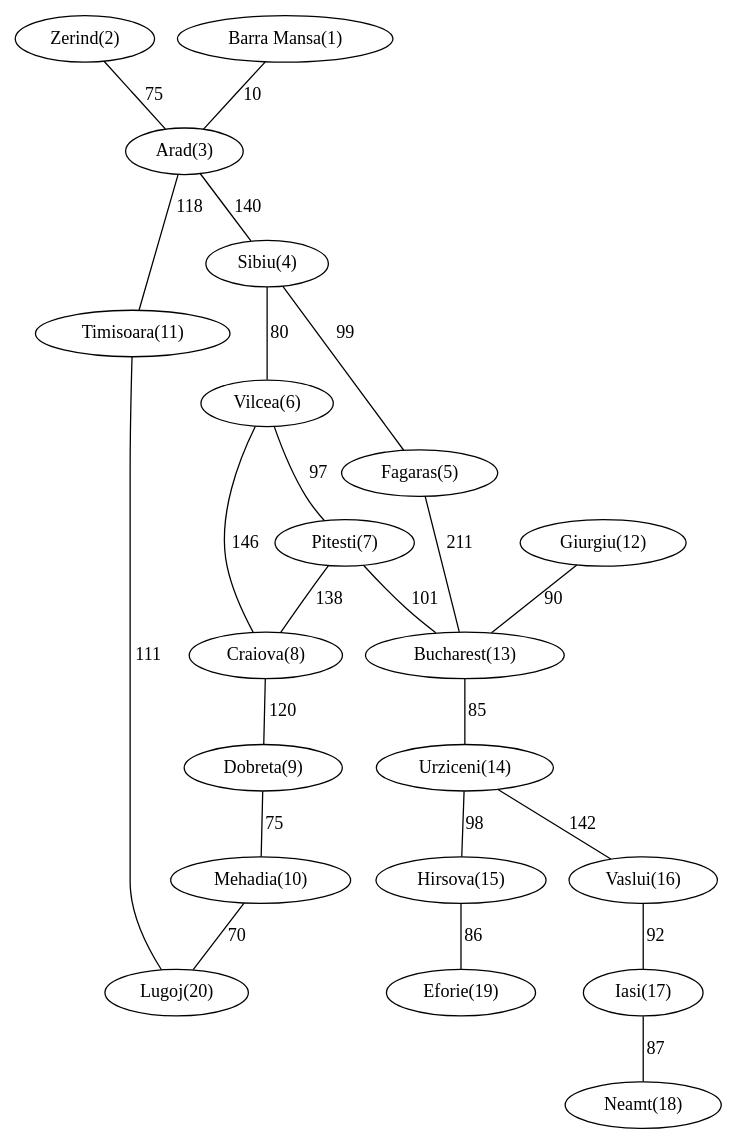
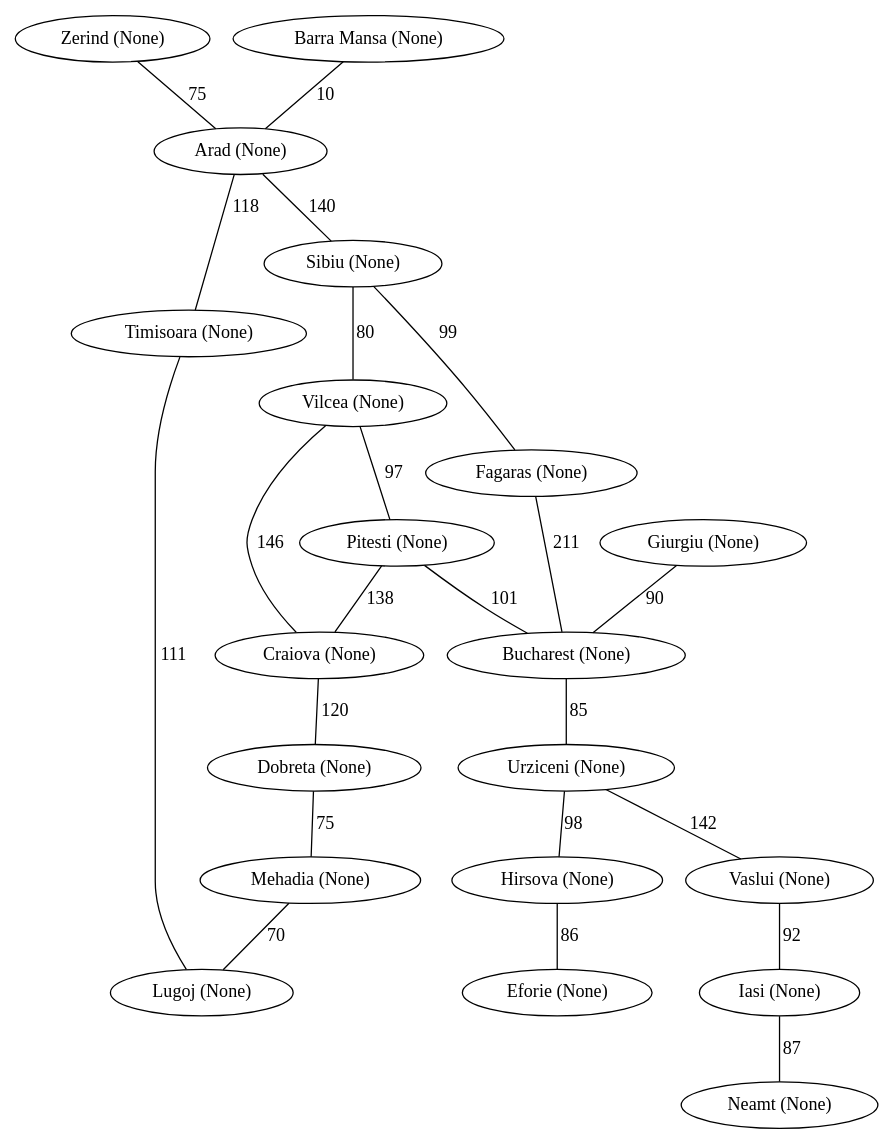
The diagram in trabalho2/teste.gv (thiago9864/inteligencia_artificial), drawn with Graphviz before and after one commit. The commit also changed 6 other files, not shown here.

```diff
--- a/trabalho2/teste.gv
+++ b/trabalho2/teste.gv
@@ -1,24 +1,24 @@
 graph {
-   "Zerind(2)"--"Arad(3)" [label=75]
-   "Arad(3)"--"Timisoara(11)" [label=118]
-   "Arad(3)"--"Sibiu(4)" [label=140]
-   "Sibiu(4)"--"Fagaras(5)" [label=99]
-   "Sibiu(4)"--"Vilcea(6)" [label=80]
-   "Fagaras(5)"--"Bucharest(13)" [label=211]
-   "Vilcea(6)"--"Craiova(8)" [label=146]
-   "Vilcea(6)"--"Pitesti(7)" [label=97]
-   "Pitesti(7)"--"Craiova(8)" [label=138]
-   "Pitesti(7)"--"Bucharest(13)" [label=101]
-   "Craiova(8)"--"Dobreta(9)" [label=120]
-   "Dobreta(9)"--"Mehadia(10)" [label=75]
-   "Mehadia(10)"--"Lugoj(20)" [label=70]
-   "Timisoara(11)"--"Lugoj(20)" [label=111]
-   "Giurgiu(12)"--"Bucharest(13)" [label=90]
-   "Bucharest(13)"--"Urziceni(14)" [label=85]
-   "Urziceni(14)"--"Hirsova(15)" [label=98]
-   "Urziceni(14)"--"Vaslui(16)" [label=142]
-   "Hirsova(15)"--"Eforie(19)" [label=86]
-   "Vaslui(16)"--"Iasi(17)" [label=92]
-   "Iasi(17)"--"Neamt(18)" [label=87]
-   "Barra Mansa(1)"--"Arad(3)" [label=10]
+   "Zerind (None)"--"Arad (None)" [label=75]
+   "Arad (None)"--"Timisoara (None)" [label=118]
+   "Arad (None)"--"Sibiu (None)" [label=140]
+   "Sibiu (None)"--"Fagaras (None)" [label=99]
+   "Sibiu (None)"--"Vilcea (None)" [label=80]
+   "Fagaras (None)"--"Bucharest (None)" [label=211]
+   "Vilcea (None)"--"Craiova (None)" [label=146]
+   "Vilcea (None)"--"Pitesti (None)" [label=97]
+   "Pitesti (None)"--"Craiova (None)" [label=138]
+   "Pitesti (None)"--"Bucharest (None)" [label=101]
+   "Craiova (None)"--"Dobreta (None)" [label=120]
+   "Dobreta (None)"--"Mehadia (None)" [label=75]
+   "Mehadia (None)"--"Lugoj (None)" [label=70]
+   "Timisoara (None)"--"Lugoj (None)" [label=111]
+   "Giurgiu (None)"--"Bucharest (None)" [label=90]
+   "Bucharest (None)"--"Urziceni (None)" [label=85]
+   "Urziceni (None)"--"Hirsova (None)" [label=98]
+   "Urziceni (None)"--"Vaslui (None)" [label=142]
+   "Hirsova (None)"--"Eforie (None)" [label=86]
+   "Vaslui (None)"--"Iasi (None)" [label=92]
+   "Iasi (None)"--"Neamt (None)" [label=87]
+   "Barra Mansa (None)"--"Arad (None)" [label=10]
 }
```
